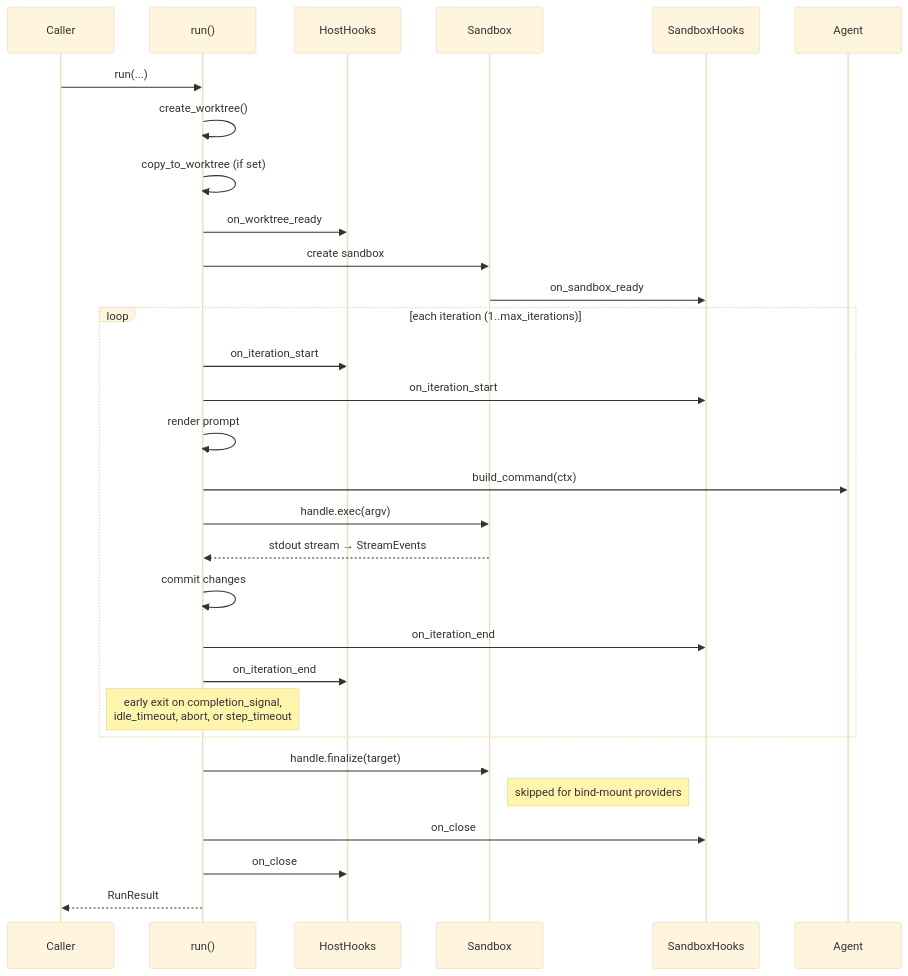
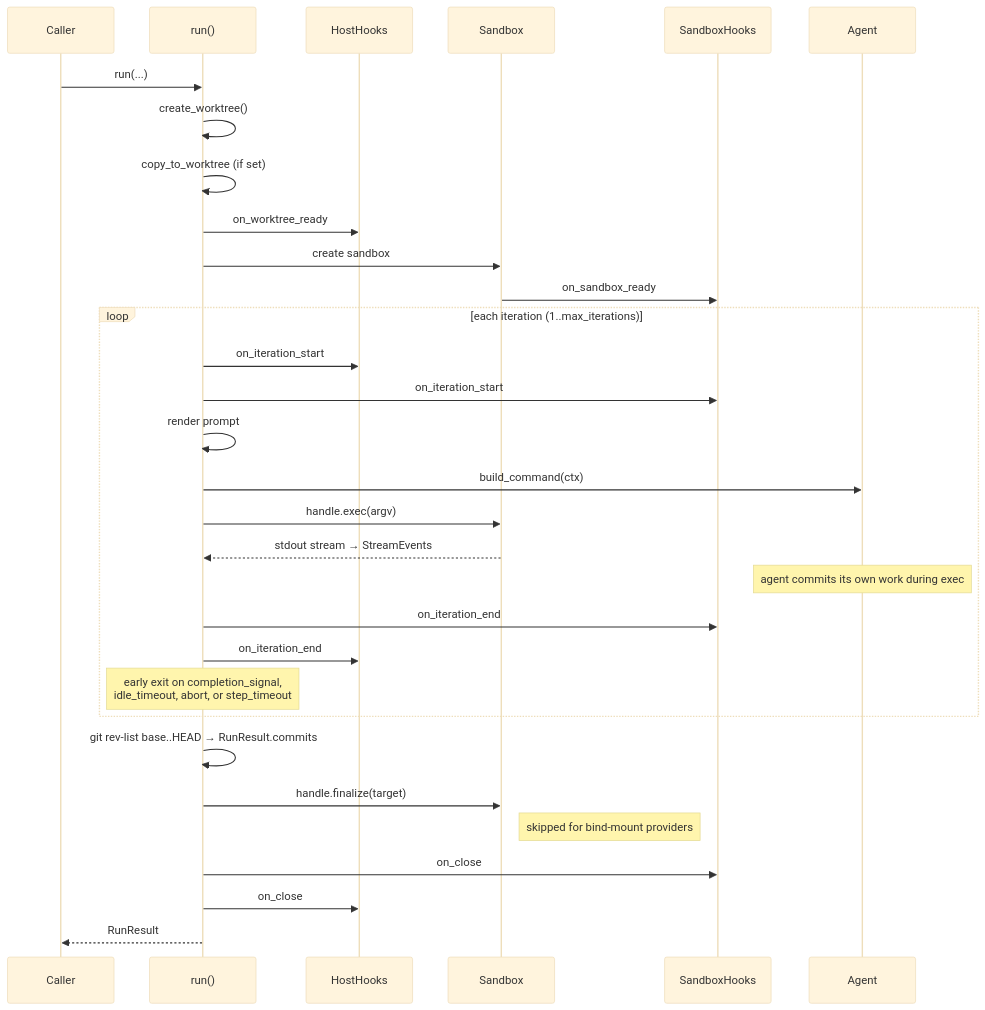
Before and after one commit to dotbrains/eden: the second of 2 diagrams in docs/how-it-works.md, drawn with Mermaid (base theme). The commit also changed other lines of this file and 9 other files, not shown here.

````diff
--- a/docs/how-it-works.md
+++ b/docs/how-it-works.md
@@ -80,35 +80,36 @@
 ```mermaid
 sequenceDiagram
     participant Caller as Caller
     participant Run as run()
     participant Host as HostHooks
     participant Sandbox
     participant SandboxHooks
     participant Agent
 
     Caller->>Run: run(...)
     Run->>Run: create_worktree()
     Run->>Run: copy_to_worktree (if set)
     Run->>Host: on_worktree_ready
     Run->>Sandbox: create sandbox
     Sandbox->>SandboxHooks: on_sandbox_ready
 
     loop each iteration (1..max_iterations)
         Run->>Host: on_iteration_start
         Run->>SandboxHooks: on_iteration_start
         Run->>Run: render prompt
         Run->>Agent: build_command(ctx)
         Run->>Sandbox: handle.exec(argv)
         Sandbox-->>Run: stdout stream → StreamEvents
-        Run->>Run: commit changes
+        Note over Agent: agent commits its own work during exec
         Run->>SandboxHooks: on_iteration_end
         Run->>Host: on_iteration_end
         Note over Run: early exit on completion_signal,<br/>idle_timeout, abort, or step_timeout
     end
 
+    Run->>Run: git rev-list base..HEAD → RunResult.commits
     Run->>Sandbox: handle.finalize(target)
     Note right of Sandbox: skipped for bind-mount providers
     Run->>SandboxHooks: on_close
     Run->>Host: on_close
     Run-->>Caller: RunResult
 ```
````
